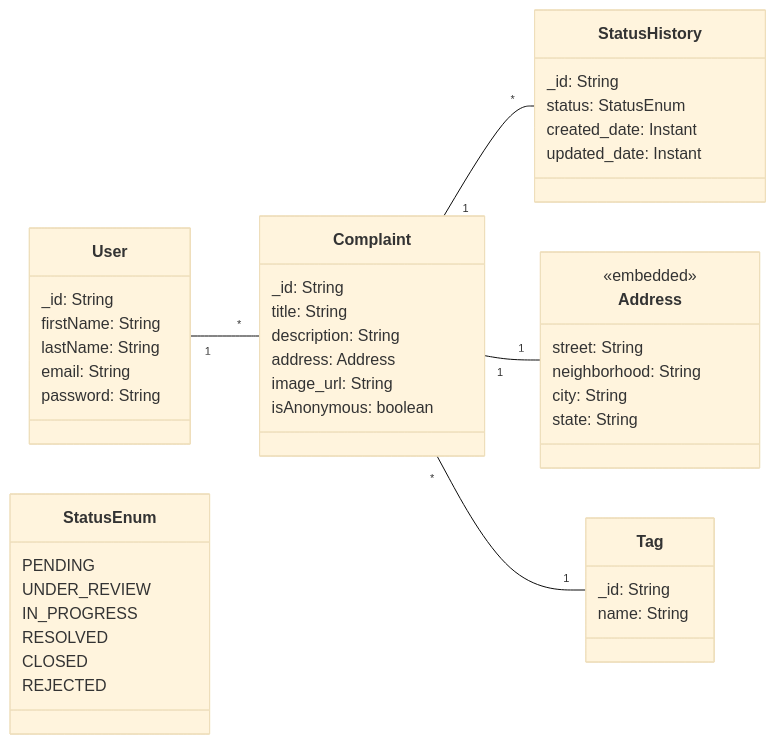
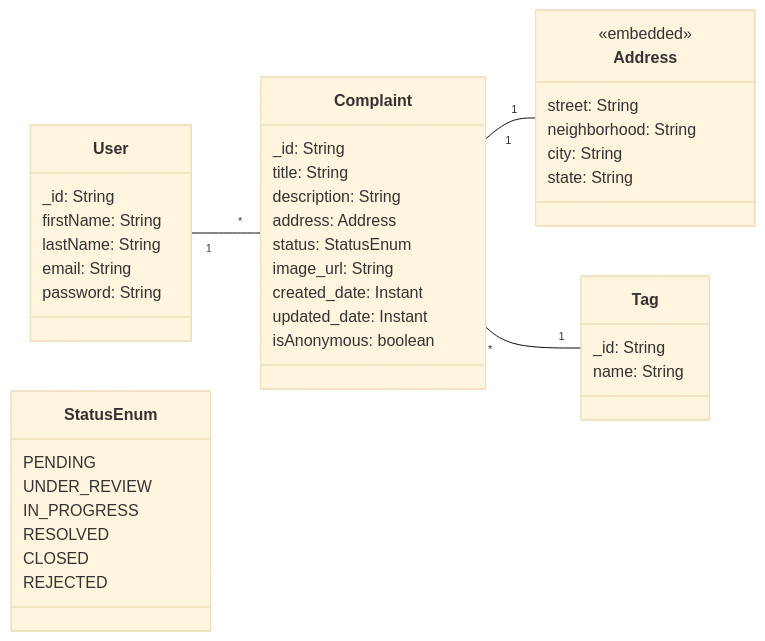
The diagram in README.md (rubensrabelo/api_den-ncias_sociais_java), drawn with Mermaid (base theme) before and after one commit. The commit also changed 3 other files, not shown here.

Commit message:
refactor(claims): remove complaint history class and migrate key attributes to claims

````diff
--- a/README.md
+++ b/README.md
@@ -3,55 +3,50 @@
 ``` mermaid
 classDiagram
   direction LR
   class User {
     _id: String
     firstName: String
     lastName: String
     email: String
     password: String
   }
 
   class Address {
     <<embedded>>
     street: String
     neighborhood: String
     city: String
     state: String
   }
   
   class Complaint {
     _id: String
     title: String
     description: String
     address: Address
+    status: StatusEnum
     image_url: String
+    created_date: Instant
+    updated_date: Instant
     isAnonymous: boolean
   }
 
   class StatusEnum {
     PENDING
     UNDER_REVIEW
     IN_PROGRESS
     RESOLVED
     CLOSED
     REJECTED
   }
-  
-  class StatusHistory {
-    _id: String
-    status: StatusEnum
-    created_date: Instant
-    updated_date: Instant
-  }
 
   class Tag {
     _id: String
     name: String
   }
 
   User "1"-- "*" Complaint
-  Complaint "1"-- "*" StatusHistory
   Complaint "1"--"1" Address
   Complaint "*"-- "1" Tag
 
 ```
````
